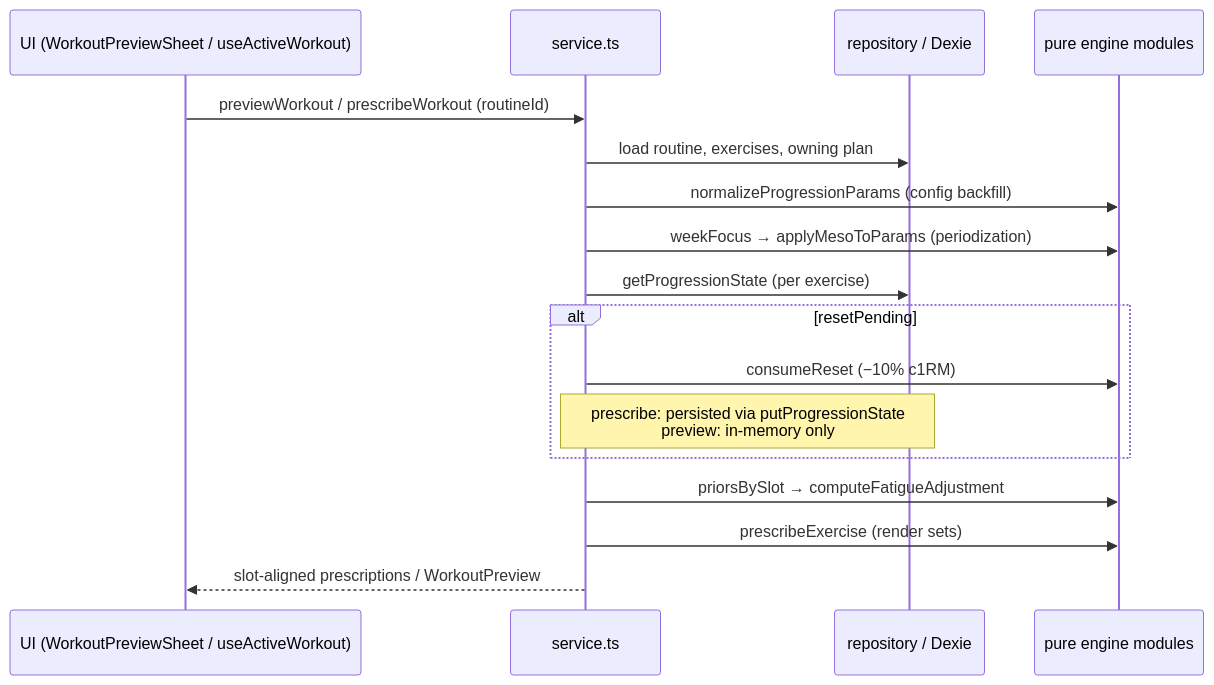
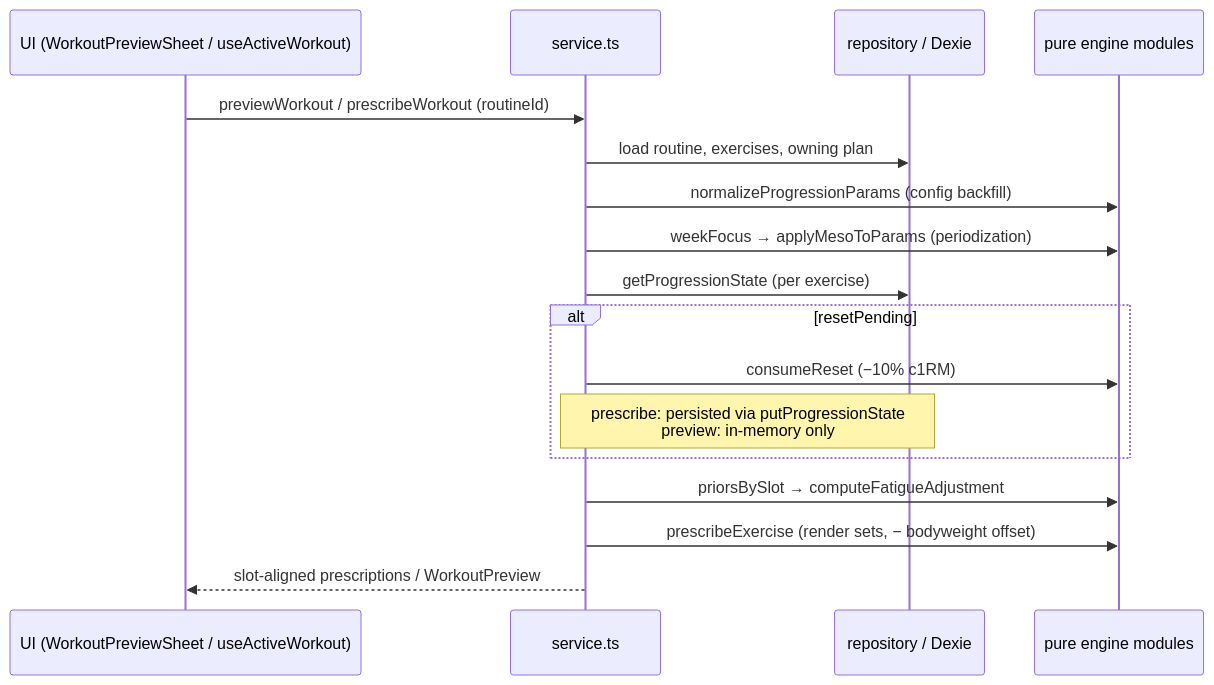
Before and after one commit to jthies73/yafa-pwa: the first of 2 diagrams in docs/execution/prescription-pipeline.md, drawn with Mermaid. The commit also changed other lines of this file and 62 other files, not shown here.

````diff
--- a/docs/execution/prescription-pipeline.md
+++ b/docs/execution/prescription-pipeline.md
@@ -31,20 +30,20 @@
 ```mermaid
 sequenceDiagram
     participant UI as UI (WorkoutPreviewSheet / useActiveWorkout)
     participant SVC as service.ts
     participant REPO as repository / Dexie
     participant PURE as pure engine modules
 
     UI->>SVC: previewWorkout / prescribeWorkout (routineId)
     SVC->>REPO: load routine, exercises, owning plan
     SVC->>PURE: normalizeProgressionParams (config backfill)
     SVC->>PURE: weekFocus → applyMesoToParams (periodization)
     SVC->>REPO: getProgressionState (per exercise)
     alt resetPending
         SVC->>PURE: consumeReset (−10% c1RM)
         Note over SVC,REPO: prescribe: persisted via putProgressionState<br/>preview: in-memory only
     end
     SVC->>PURE: priorsBySlot → computeFatigueAdjustment
-    SVC->>PURE: prescribeExercise (render sets)
+    SVC->>PURE: prescribeExercise (render sets, − bodyweight offset)
     SVC-->>UI: slot-aligned prescriptions / WorkoutPreview
 ```
````
